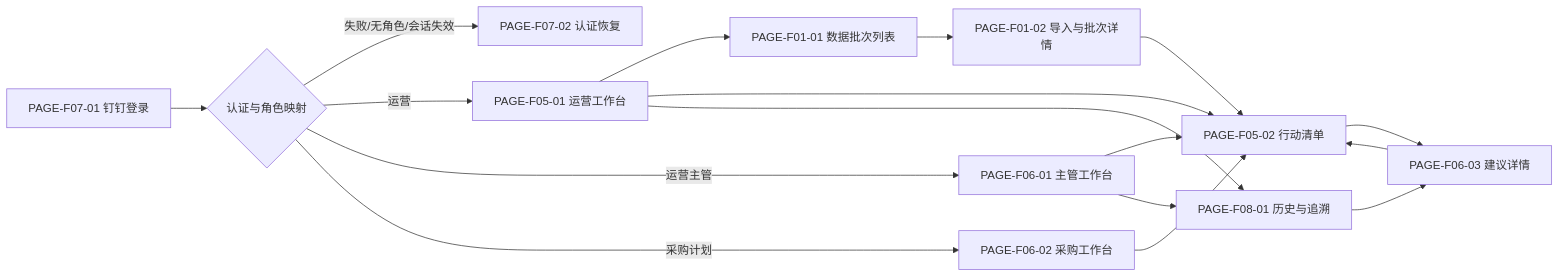
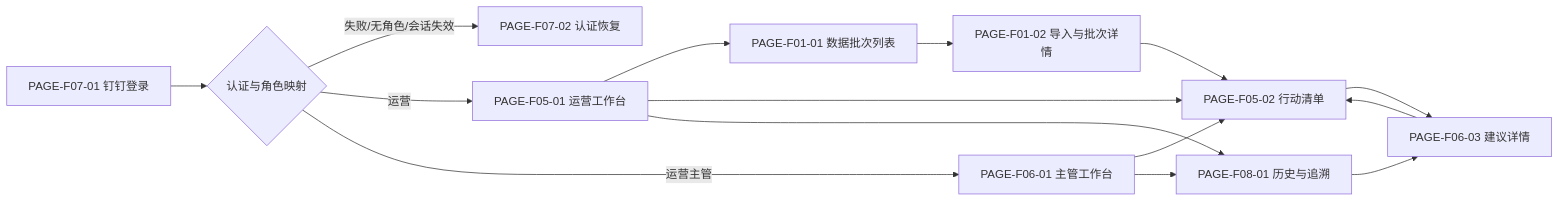
The first of 2 diagrams in 趣然AI商品经营利润决策助手/output/设计决策蓝图.md (johnsonsmilequran/profit-decision-engine), drawn with Mermaid before and after one commit. The commit also changed other lines of this file and 31 other files, not shown here.

````diff
--- a/趣然AI商品经营利润决策助手/output/设计决策蓝图.md
+++ b/趣然AI商品经营利润决策助手/output/设计决策蓝图.md
@@ -39,20 +37,18 @@
 ```mermaid
 flowchart LR
     A["PAGE-F07-01 钉钉登录"] --> B{"认证与角色映射"}
     B -- "失败/无角色/会话失效" --> C["PAGE-F07-02 认证恢复"]
     B -- "运营" --> D["PAGE-F05-01 运营工作台"]
     B -- "运营主管" --> E["PAGE-F06-01 主管工作台"]
-    B -- "采购计划" --> F["PAGE-F06-02 采购工作台"]
 
     D --> G["PAGE-F01-01 数据批次列表"]
     D --> I["PAGE-F05-02 行动清单"]
     E --> I
-    F --> I
     G --> H["PAGE-F01-02 导入与批次详情"]
     H --> I
     I --> J["PAGE-F06-03 建议详情"]
     D --> K["PAGE-F08-01 历史与追溯"]
     E --> K
     K --> J
     J --> I
 ```
````
